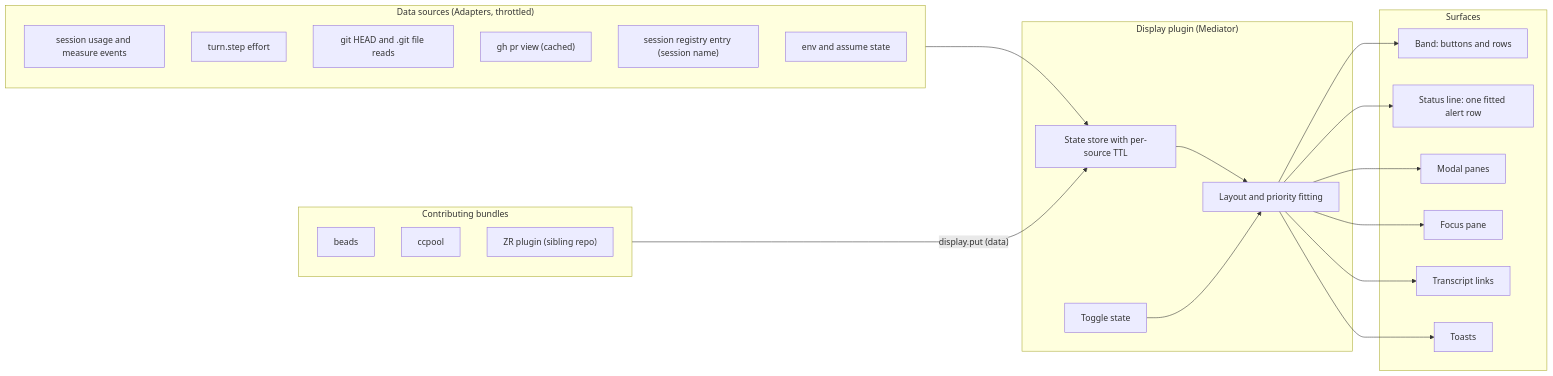
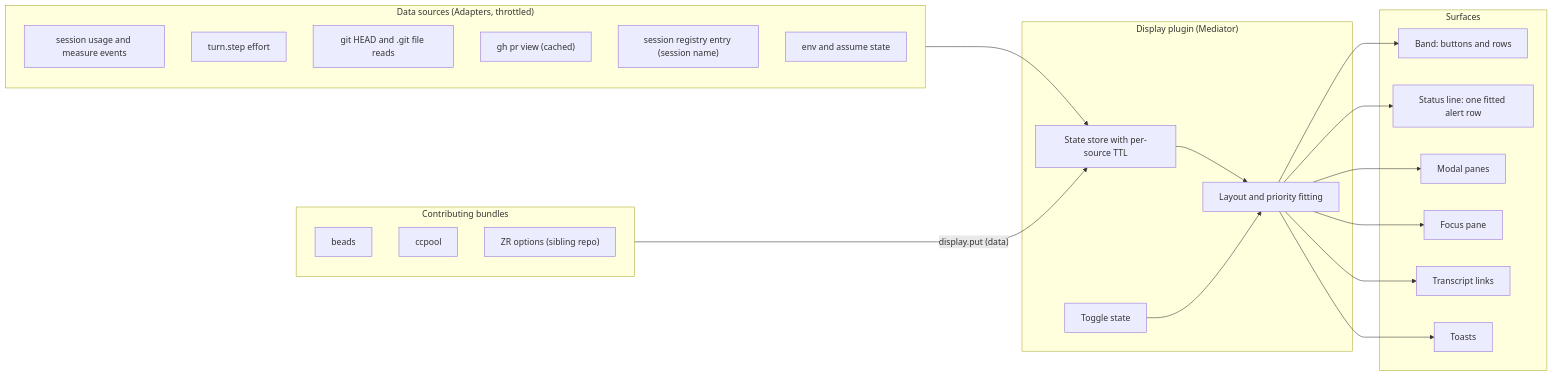
Before and after one commit to phillipgreenii/nix-agent-support: the first of 3 diagrams in docs/superpowers/specs/2026-11-05-display-layer-design.md, drawn with Mermaid. The commit also changed other lines of this file and 1 other file, not shown here.

````diff
--- a/docs/superpowers/specs/2026-11-05-display-layer-design.md
+++ b/docs/superpowers/specs/2026-11-05-display-layer-design.md
@@ -84,39 +87,39 @@
 ```mermaid
 flowchart LR
     subgraph Sources["Data sources (Adapters, throttled)"]
         U["session usage and measure events"]
         T["turn.step effort"]
         G["git HEAD and .git file reads"]
         P["gh pr view (cached)"]
         R["session registry entry (session name)"]
         E["env and assume state"]
     end
     subgraph Display["Display plugin (Mediator)"]
         S["State store with per-source TTL"]
         L["Layout and priority fitting"]
         Q["Toggle state"]
     end
     subgraph Surfaces["Surfaces"]
         B["Band: buttons and rows"]
         A["Status line: one fitted alert row"]
         M["Modal panes"]
         F["Focus pane"]
         X["Transcript links"]
         TS["Toasts"]
     end
     subgraph Bundles["Contributing bundles"]
         BE["beads"]
         CC["ccpool"]
-        ZR["ZR plugin (sibling repo)"]
+        ZR["ZR options (sibling repo)"]
     end
     Sources --> S
     Bundles -->|"display.put (data)"| S
     S --> L
     Q --> L
     L --> B
     L --> A
     L --> M
     L --> F
     L --> X
     L --> TS
 ```
````
